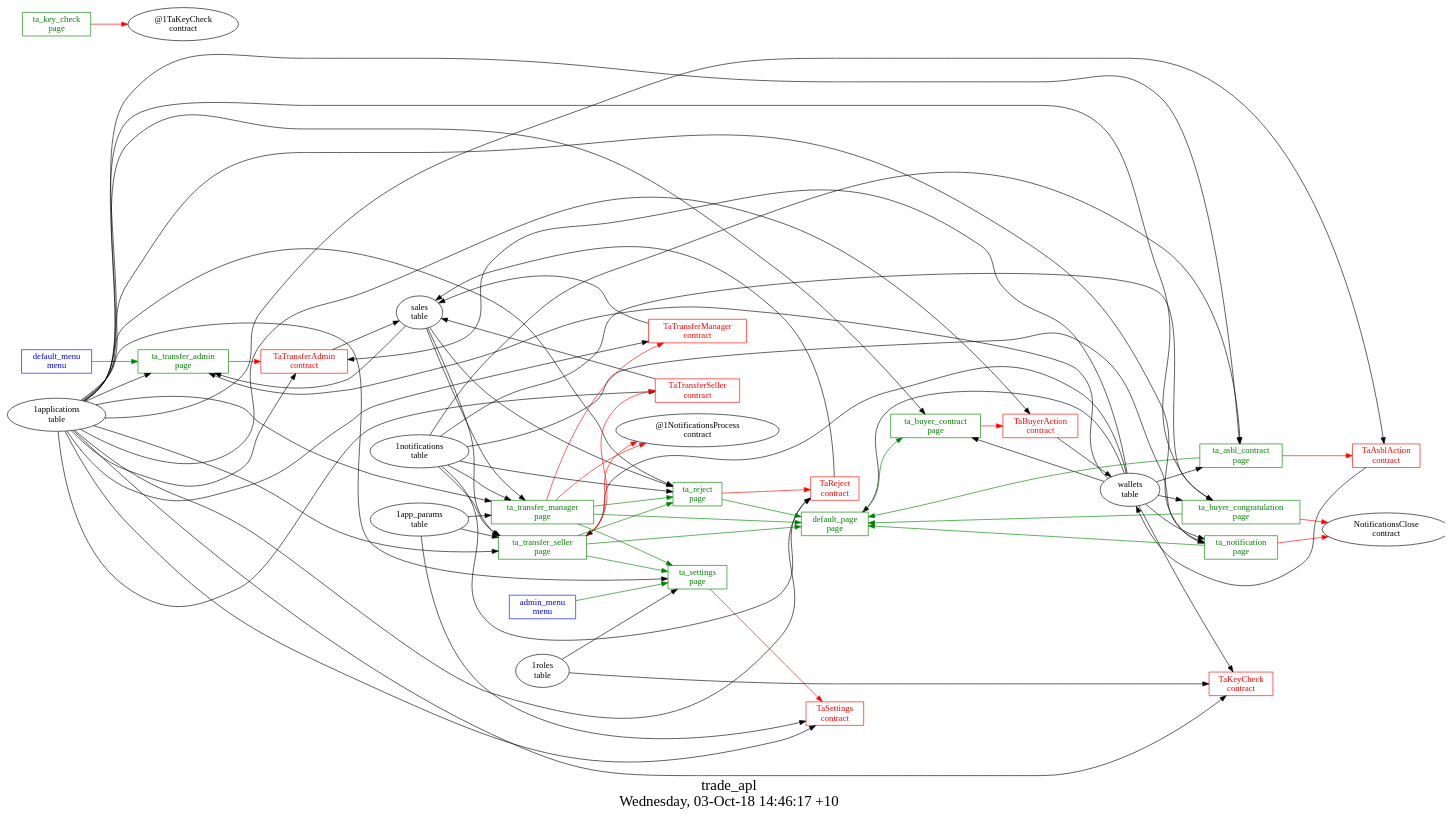
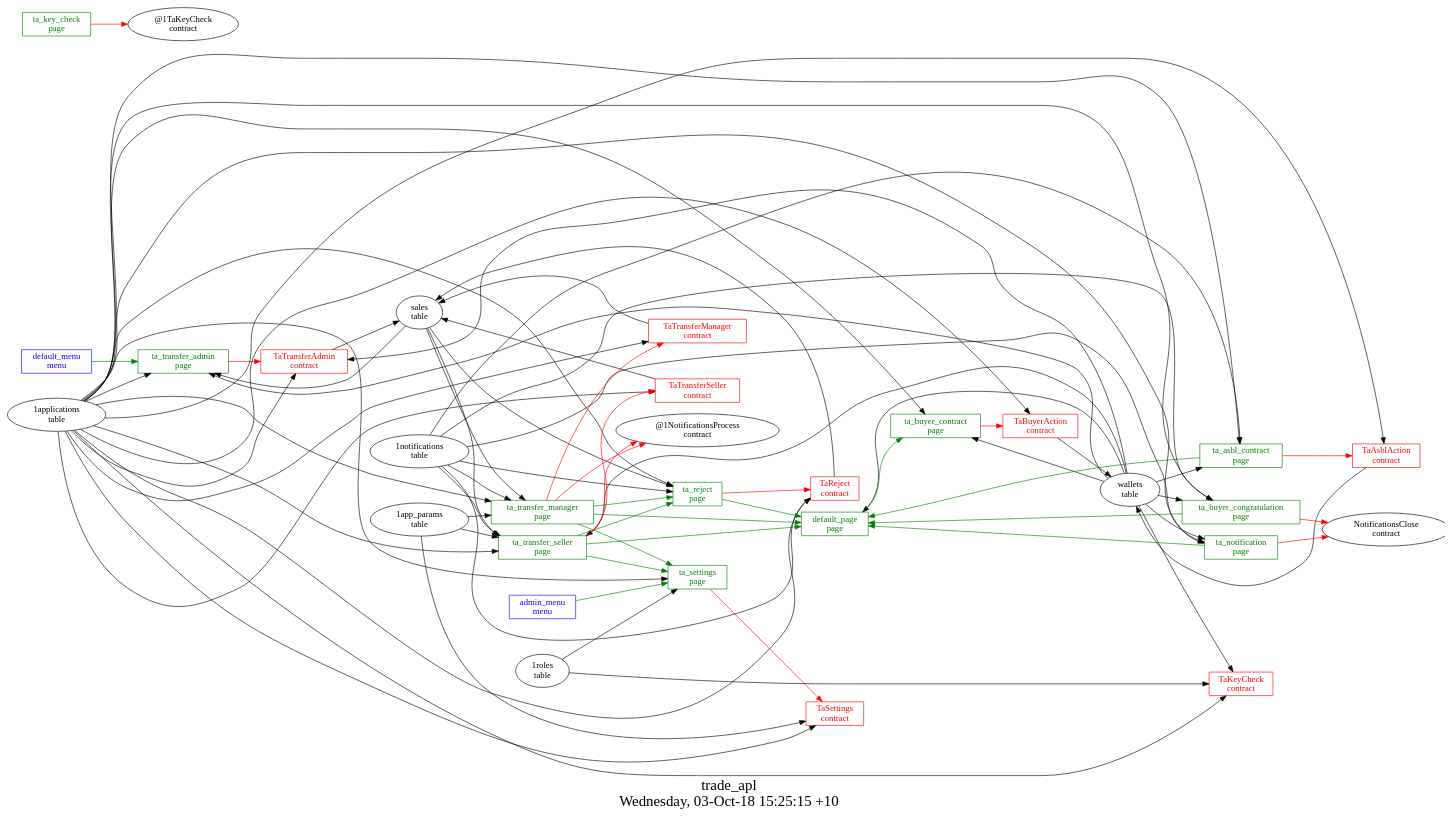
The diagram in other/trade_apl/struct.dot (AplaProject/apps), drawn with Graphviz before and after one commit. The commit also changed 3 other files, not shown here.

```diff
--- a/other/trade_apl/struct.dot
+++ b/other/trade_apl/struct.dot
@@ -1,104 +1,104 @@
 digraph G {
 fontsize="24";
-label="trade_apl\nWednesday, 03-Oct-18 14:46:17 +10";
+label="trade_apl\nWednesday, 03-Oct-18 15:25:15 +10";
 nojustify=true;
 ordering=out;
 rankdir=LR;
 size="30";
 "admin_menu\nmenu" -> "ta_settings\npage"  [ color=green ]
 "admin_menu\nmenu" [color=blue, fontcolor=blue, group=menus, shape=record];
 "default_menu\nmenu" -> "ta_transfer_admin\npage"  [ color=green ]
 "default_menu\nmenu" [color=blue, fontcolor=blue, group=menus, shape=record];
 "wallets\ntable" -> "default_page\npage"
 "default_page\npage" -> "ta_buyer_contract\npage"  [ color=green ]
 "default_page\npage" [color=green, fontcolor=green, group=pages, shape=record];
 "ta_asbl_contract\npage" -> "TaAsblAction\ncontract"  [ color=red ]
 "1applications\ntable" -> "ta_asbl_contract\npage"
 "1notifications\ntable" -> "ta_asbl_contract\npage"
 "wallets\ntable" -> "ta_asbl_contract\npage"
 "ta_asbl_contract\npage" -> "default_page\npage"  [ color=green ]
 "ta_asbl_contract\npage" [color=green, fontcolor=green, group=pages, shape=record];
 "ta_buyer_congratulation\npage" -> "NotificationsClose\ncontract"  [ color=red ]
 "1applications\ntable" -> "ta_buyer_congratulation\npage"
 "1notifications\ntable" -> "ta_buyer_congratulation\npage"
 "wallets\ntable" -> "ta_buyer_congratulation\npage"
 "ta_buyer_congratulation\npage" -> "default_page\npage"  [ color=green ]
 "ta_buyer_congratulation\npage" [color=green, fontcolor=green, group=pages, shape=record];
 "ta_buyer_contract\npage" -> "TaBuyerAction\ncontract"  [ color=red ]
 "1applications\ntable" -> "ta_buyer_contract\npage"
 "wallets\ntable" -> "ta_buyer_contract\npage"
 "ta_buyer_contract\npage" [color=green, fontcolor=green, group=pages, shape=record];
 "ta_key_check\npage" -> "@1TaKeyCheck\ncontract"  [ color=red ]
 "ta_key_check\npage" [color=green, fontcolor=green, group=pages, shape=record];
 "ta_notification\npage" -> "NotificationsClose\ncontract"  [ color=red ]
 "1applications\ntable" -> "ta_notification\npage"
 "1notifications\ntable" -> "ta_notification\npage"
 "wallets\ntable" -> "ta_notification\npage"
 "ta_notification\npage" -> "default_page\npage"  [ color=green ]
 "ta_notification\npage" [color=green, fontcolor=green, group=pages, shape=record];
 "ta_reject\npage" -> "TaReject\ncontract"  [ color=red ]
 "1applications\ntable" -> "ta_reject\npage"
 "1notifications\ntable" -> "ta_reject\npage"
 "sales\ntable" -> "ta_reject\npage"
 "ta_reject\npage" -> "default_page\npage"  [ color=green ]
 "ta_reject\npage" [color=green, fontcolor=green, group=pages, shape=record];
 "ta_settings\npage" -> "TaSettings\ncontract"  [ color=red ]
 "1applications\ntable" -> "ta_settings\npage"
 "1roles\ntable" -> "ta_settings\npage"
 "ta_settings\npage" [color=green, fontcolor=green, group=pages, shape=record];
 "ta_transfer_admin\npage" -> "TaTransferAdmin\ncontract"  [ color=red ]
 "1applications\ntable" -> "ta_transfer_admin\npage"
 "sales\ntable" -> "ta_transfer_admin\npage"
 "wallets\ntable" -> "ta_transfer_admin\npage"
 "ta_transfer_admin\npage" [color=green, fontcolor=green, group=pages, shape=record];
 "ta_transfer_manager\npage" -> "TaTransferManager\ncontract"  [ color=red ]
 "ta_transfer_manager\npage" -> "@1NotificationsProcess\ncontract"  [ color=red ]
 "1applications\ntable" -> "ta_transfer_manager\npage"
 "1notifications\ntable" -> "ta_transfer_manager\npage"
 "sales\ntable" -> "ta_transfer_manager\npage"
 "1app_params\ntable" -> "ta_transfer_manager\npage"
 "ta_transfer_manager\npage" -> "ta_reject\npage"  [ color=green ]
 "ta_transfer_manager\npage" -> "default_page\npage"  [ color=green ]
 "ta_transfer_manager\npage" -> "ta_settings\npage"  [ color=green ]
 "ta_transfer_manager\npage" [color=green, fontcolor=green, group=pages, shape=record];
 "ta_transfer_seller\npage" -> "TaTransferSeller\ncontract"  [ color=red ]
 "ta_transfer_seller\npage" -> "@1NotificationsProcess\ncontract"  [ color=red ]
 "1applications\ntable" -> "ta_transfer_seller\npage"
 "1notifications\ntable" -> "ta_transfer_seller\npage"
 "sales\ntable" -> "ta_transfer_seller\npage"
 "wallets\ntable" -> "ta_transfer_seller\npage"
 "1app_params\ntable" -> "ta_transfer_seller\npage"
 "ta_transfer_seller\npage" -> "ta_reject\npage"  [ color=green ]
 "ta_transfer_seller\npage" -> "default_page\npage"  [ color=green ]
 "ta_transfer_seller\npage" -> "ta_settings\npage"  [ color=green ]
 "ta_transfer_seller\npage" [color=green, fontcolor=green, group=pages, shape=record];
 "TaAsblAction\ncontract" -> "wallets\ntable"  [ color="" ]
 "1applications\ntable" -> "TaAsblAction\ncontract"
 "TaAsblAction\ncontract" [color=red, fontcolor=red, group=contracts, shape=record];
 "TaBuyerAction\ncontract" -> "wallets\ntable"  [ color="" ]
 "1applications\ntable" -> "TaBuyerAction\ncontract"
 "TaBuyerAction\ncontract" [color=red, fontcolor=red, group=contracts, shape=record];
 "wallets\ntable" -> "TaKeyCheck\ncontract"
 "1applications\ntable" -> "TaKeyCheck\ncontract"
 "1roles\ntable" -> "TaKeyCheck\ncontract"
 "TaKeyCheck\ncontract" [color=red, fontcolor=red, group=contracts, shape=record];
 "TaReject\ncontract" -> "sales\ntable"  [ color="" ]
 "1applications\ntable" -> "TaReject\ncontract"
 "1notifications\ntable" -> "TaReject\ncontract"
 "TaReject\ncontract" [color=red, fontcolor=red, group=contracts, shape=record];
 "1applications\ntable" -> "TaSettings\ncontract"
 "1app_params\ntable" -> "TaSettings\ncontract"
 "TaSettings\ncontract" [color=red, fontcolor=red, group=contracts, shape=record];
 "TaTransferAdmin\ncontract" -> "sales\ntable"  [ color="" ]
 "1applications\ntable" -> "TaTransferAdmin\ncontract"
 "wallets\ntable" -> "TaTransferAdmin\ncontract"
 "TaTransferAdmin\ncontract" [color=red, fontcolor=red, group=contracts, shape=record];
 "TaTransferManager\ncontract" -> "sales\ntable"  [ color="" ]
 "1applications\ntable" -> "TaTransferManager\ncontract"
 "TaTransferManager\ncontract" [color=red, fontcolor=red, group=contracts, shape=record];
 "TaTransferSeller\ncontract" -> "sales\ntable"  [ color="" ]
 "1applications\ntable" -> "TaTransferSeller\ncontract"
 "TaTransferSeller\ncontract" [color=red, fontcolor=red, group=contracts, shape=record];
 "sales\ntable" [color="", fontcolor="", group=tables, shape=""];
 "wallets\ntable" [color="", fontcolor="", group=tables, shape=""];
 }
```
